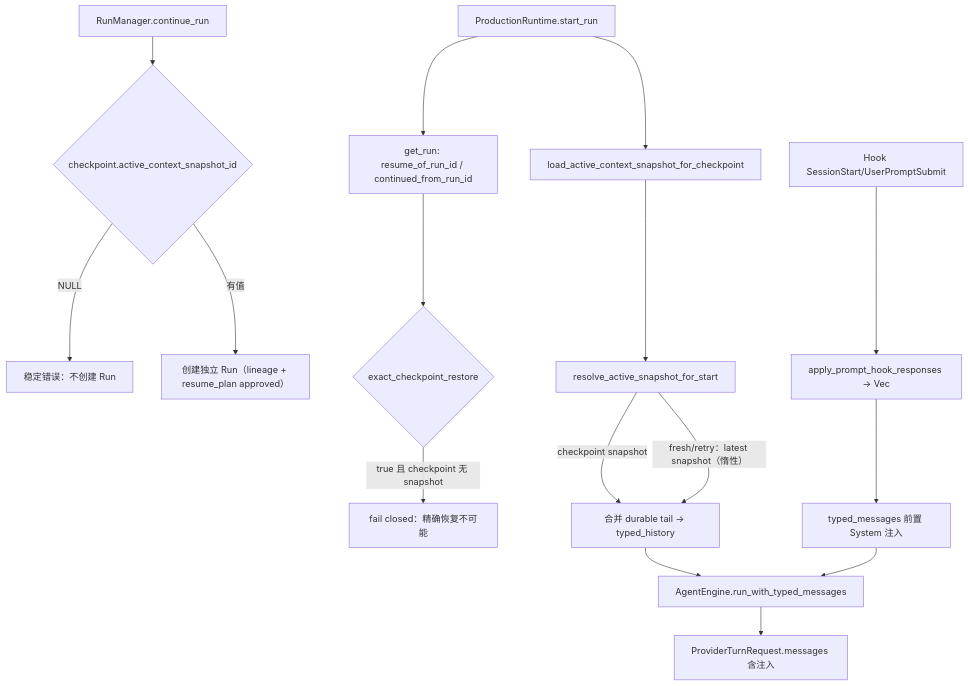
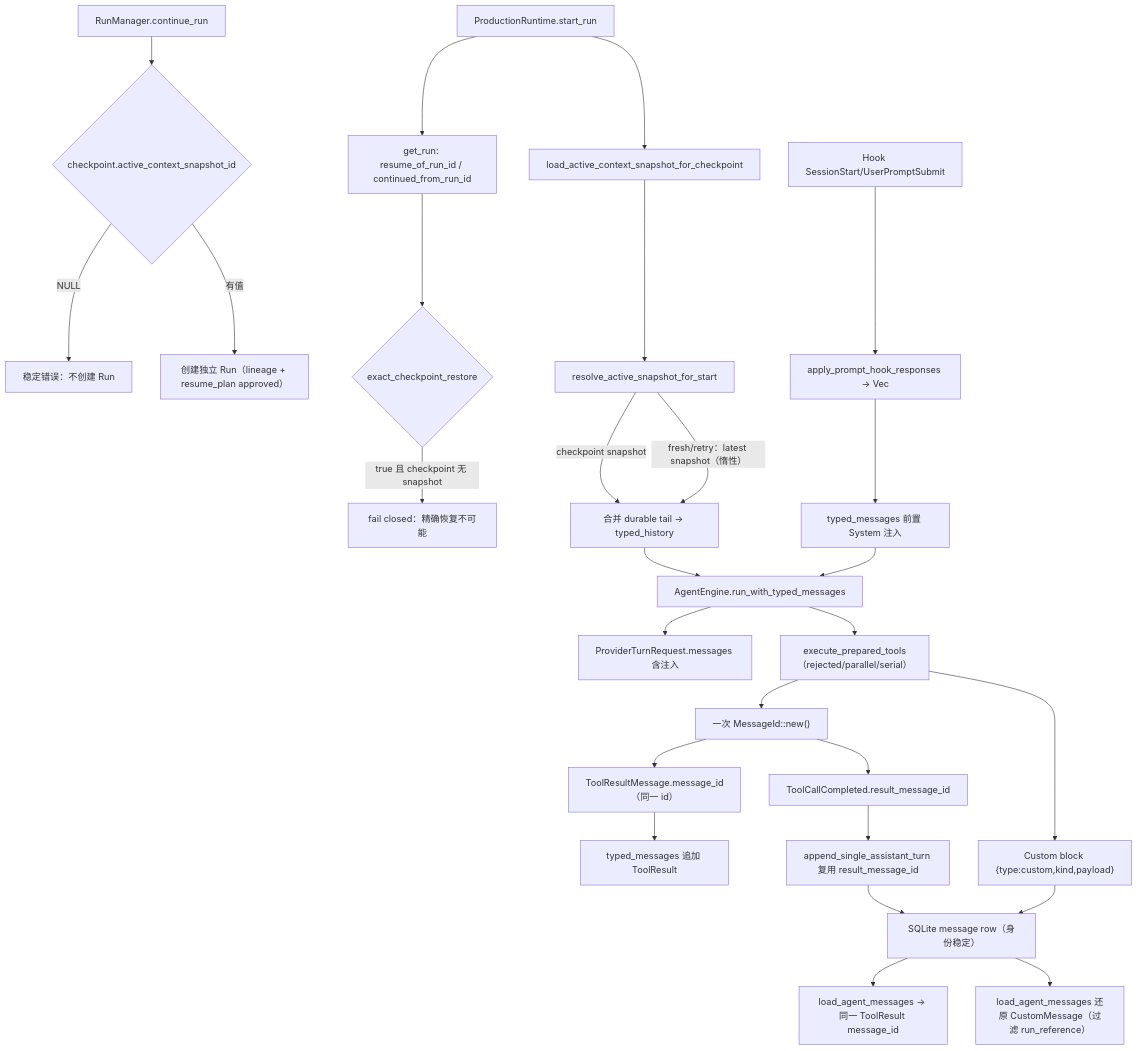
Before and after one commit to Wcof/Natives: the diagram in docs/architecture/agent-core-sol-remediation-implementation-report.md, drawn with Mermaid. The commit also changed other lines of this file and 6 other files, not shown here.

First line of the commit message:
fix(agent-core): stabilize tool-result identity and lossless typed codec

````diff
--- a/docs/architecture/agent-core-sol-remediation-implementation-report.md
+++ b/docs/architecture/agent-core-sol-remediation-implementation-report.md
@@ -57,17 +77,28 @@
 ```mermaid
 flowchart TD
     RM["RunManager.continue_run"] --> CHK{"checkpoint.active_context_snapshot_id"}
     CHK -- "NULL" --> ERR["稳定错误：不创建 Run"]
     CHK -- "有值" --> NEWRUN["创建独立 Run（lineage + resume_plan approved）"]
     PR["ProductionRuntime.start_run"] --> BR["get_run: resume_of_run_id / continued_from_run_id"]
     BR --> EXACT{"exact_checkpoint_restore"}
     PR --> CS["load_active_context_snapshot_for_checkpoint"]
     CS --> AS["resolve_active_snapshot_for_start"]
     EXACT -- "true 且 checkpoint 无 snapshot" --> FAIL["fail closed：精确恢复不可能"]
     AS -- "checkpoint snapshot" --> MERGE["合并 durable tail → typed_history"]
     AS -- "fresh/retry：latest snapshot（惰性）" --> MERGE
     MERGE --> E["AgentEngine.run_with_typed_messages"]
     H["Hook SessionStart/UserPromptSubmit"] --> INJ["apply_prompt_hook_responses → Vec<String>"]
     INJ --> PREPEND["typed_messages 前置 System 注入"]
     PREPEND --> E --> PT["ProviderTurnRequest.messages 含注入"]
+    E --> EP["execute_prepared_tools（rejected/parallel/serial）"]
+    EP --> MID["一次 MessageId::new()"]
+    MID --> TC["ToolCallCompleted.result_message_id"]
+    MID --> TRM["ToolResultMessage.message_id（同一 id）"]
+    TRM --> TM["typed_messages 追加 ToolResult"]
+    TC --> REP["append_single_assistant_turn 复用 result_message_id"]
+    REP --> SQL["SQLite message row（身份稳定）"]
+    SQL --> RELOAD["load_agent_messages → 同一 ToolResult message_id"]
+    EP --> CUSTOM["Custom block {type:custom,kind,payload}"]
+    CUSTOM --> SQL
+    SQL --> CUSTOMD["load_agent_messages 还原 CustomMessage（过滤 run_reference）"]
 ```
````
